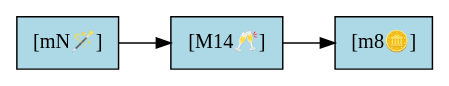
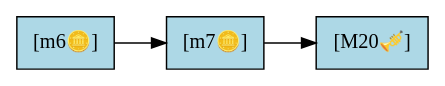
One commit to infomofo/ts-tarot-cards changed the diagram in samples/threeCard-reading.dot. Above: the diagram before and after it, drawn with Graphviz. The commit also changed 10 other files, not shown here.

```diff
--- a/samples/threeCard-reading.dot
+++ b/samples/threeCard-reading.dot
@@ -1,6 +1,6 @@
 
 digraph ThreeCardSpread {
   rankdir=LR;
   node [shape=rectangle, style=filled, fillcolor=lightblue];
-  "[mN🪄]" -> "[M14🥂]" -> "[m8🪙]";
+  "[m6🪙]" -> "[m7🪙]" -> "[M20🎺]";
 }
```
